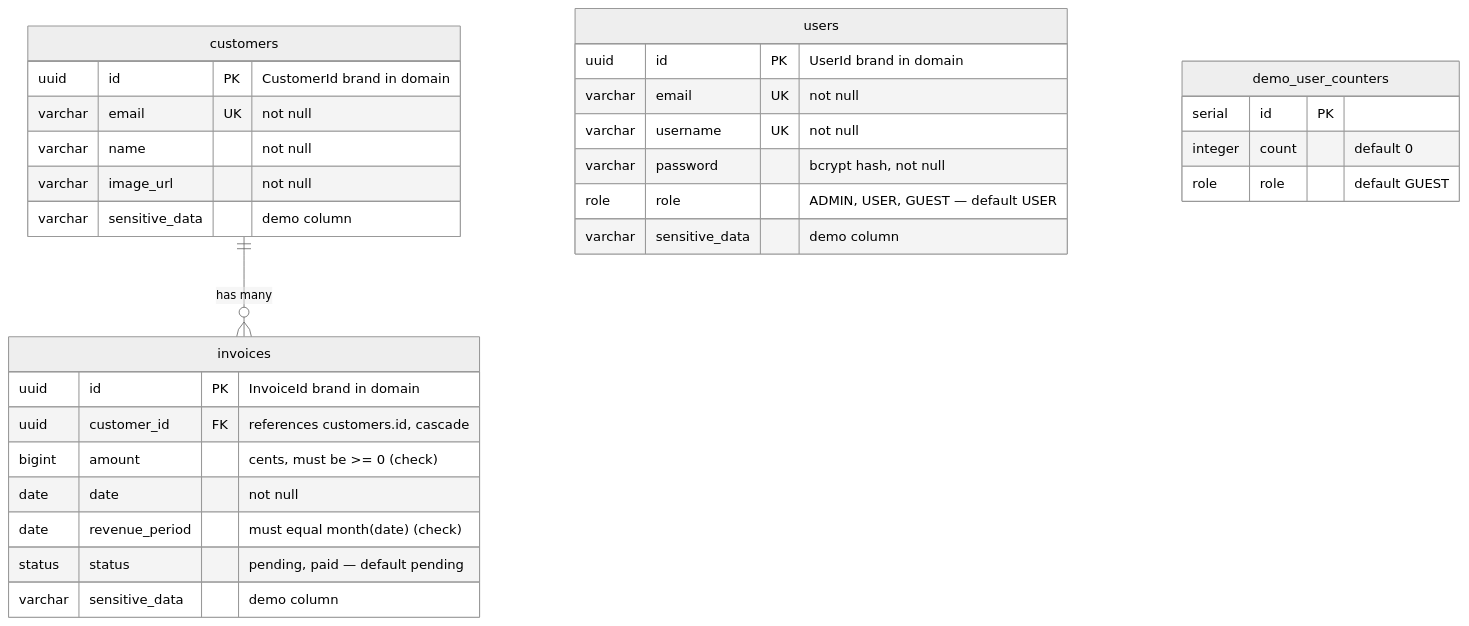
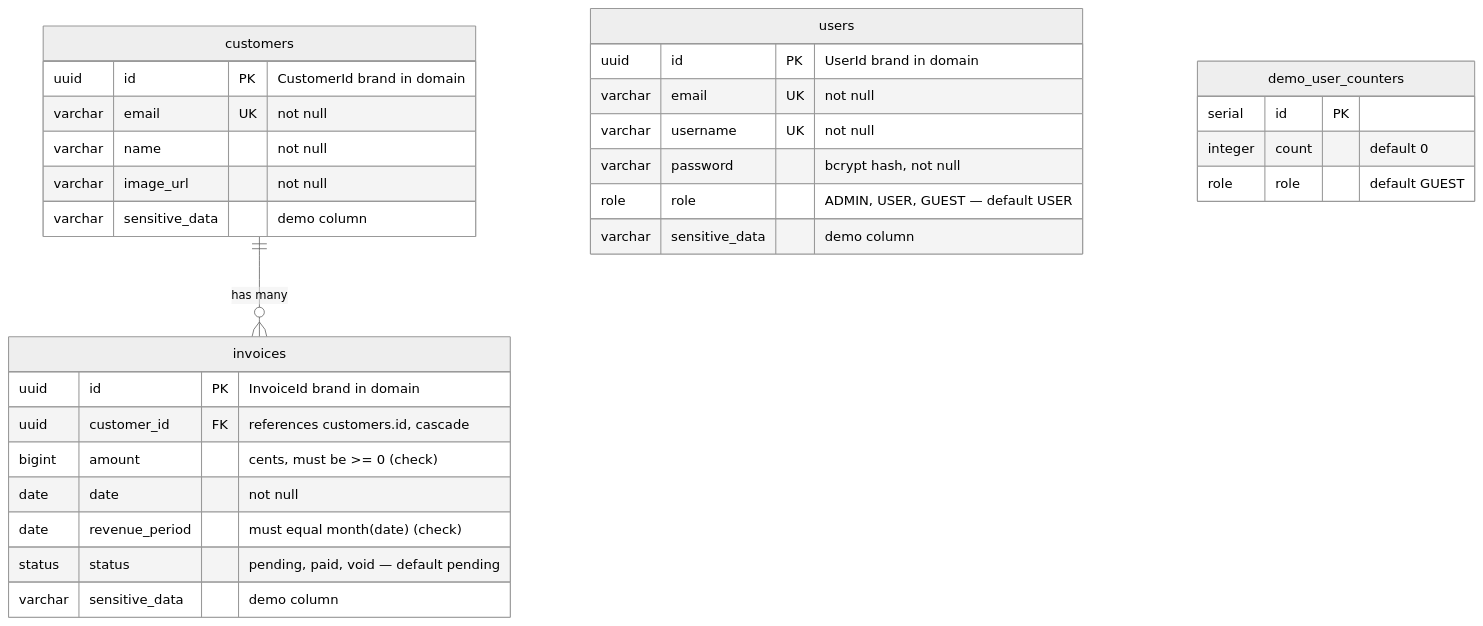
One commit to andrewpetersondev/nextjs-dashboard changed the diagram in docs/diagrams/database-erd.md. Above: the diagram before and after it, drawn with Mermaid (neutral theme). The commit also changed 53 other files, not shown here.

First line of the commit message:
feat(invoices): status lifecycle — void, derived overdue, guarded transitions, list filter

````diff
--- a/docs/diagrams/database-erd.md
+++ b/docs/diagrams/database-erd.md
@@ -6,37 +6,37 @@
 ```mermaid
 erDiagram
     customers ||--o{ invoices : "has many"
 
     users {
         uuid id PK "UserId brand in domain"
         varchar email UK "not null"
         varchar username UK "not null"
         varchar password "bcrypt hash, not null"
         role role "ADMIN, USER, GUEST — default USER"
         varchar sensitive_data "demo column"
     }
 
     customers {
         uuid id PK "CustomerId brand in domain"
         varchar email UK "not null"
         varchar name "not null"
         varchar image_url "not null"
         varchar sensitive_data "demo column"
     }
 
     invoices {
         uuid id PK "InvoiceId brand in domain"
         uuid customer_id FK "references customers.id, cascade"
         bigint amount "cents, must be >= 0 (check)"
         date date "not null"
         date revenue_period "must equal month(date) (check)"
-        status status "pending, paid — default pending"
+        status status "pending, paid, void — default pending"
         varchar sensitive_data "demo column"
     }
 
     demo_user_counters {
         serial id PK
         integer count "default 0"
         role role "default GUEST"
     }
 ```
````
